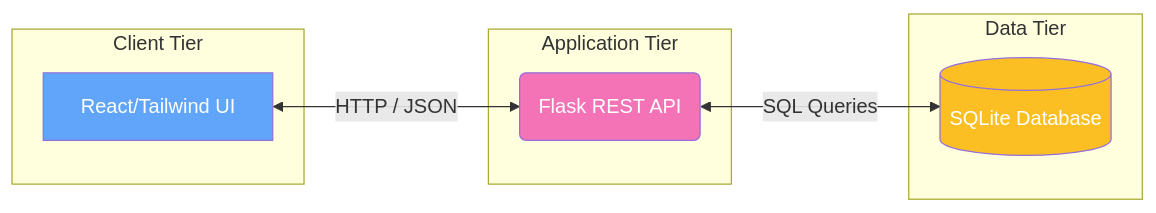
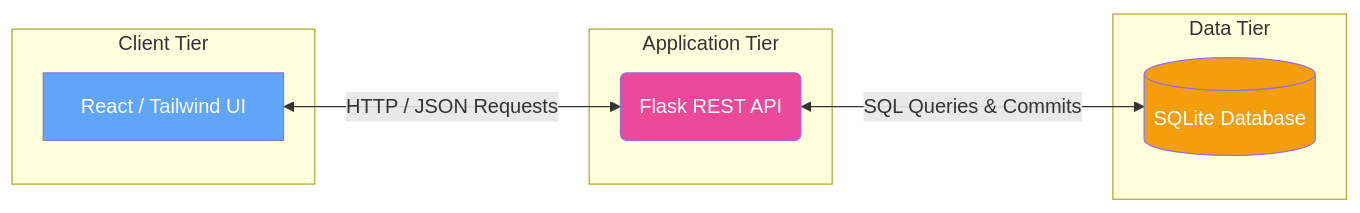
Before and after one commit to hmpmanish/jaymani-krishi-sewa: the third of 5 diagrams in docs/Project_Design_Report_PO_Mapping.md, drawn with Mermaid. The commit also changed other lines of this file, not shown here.

````diff
--- a/docs/Project_Design_Report_PO_Mapping.md
+++ b/docs/Project_Design_Report_PO_Mapping.md
@@ -60,21 +87,21 @@
 ```mermaid
 graph LR
     subgraph Client Tier
-    A[React/Tailwind UI]
+    A[React / Tailwind UI]
     end
     
     subgraph Application Tier
     B(Flask REST API)
     end
     
     subgraph Data Tier
     C[(SQLite Database)]
     end
     
-    A <-->|HTTP / JSON| B
-    B <-->|SQL Queries| C
+    A <-->|HTTP / JSON Requests| B
+    B <-->|SQL Queries & Commits| C
     
     style A fill:#60a5fa,color:#fff
-    style B fill:#f472b6,color:#fff
-    style C fill:#fbbf24,color:#fff
+    style B fill:#ec4899,color:#fff
+    style C fill:#f59e0b,color:#fff
 ```
````
